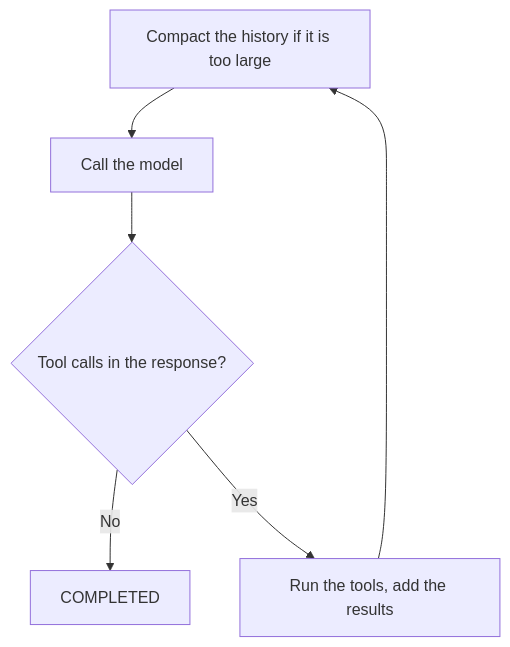
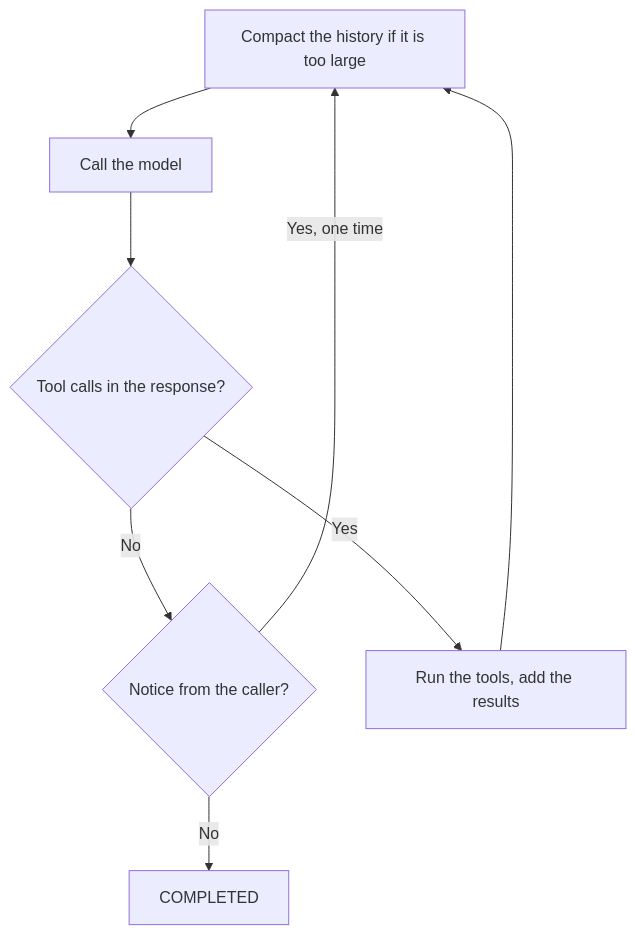
One commit to Altinn/altinn-studio changed the first of 4 diagrams in src/AI/assistant/docs/modules/core-loop.md. Above: the diagram before and after it, drawn with Mermaid. The commit also changed other lines of this file and 11 other files, not shown here.

````diff
--- a/src/AI/assistant/docs/modules/core-loop.md
+++ b/src/AI/assistant/docs/modules/core-loop.md
@@ -9,8 +11,10 @@
 ```mermaid
 flowchart TD
   A["Compact the history if it is too large"] --> B["Call the model"]
   B --> C{"Tool calls in the response?"}
-  C -- No --> D["COMPLETED"]
+  C -- No --> N{"Notice from the caller?"}
+  N -- "Yes, one time" --> A
+  N -- No --> D["COMPLETED"]
   C -- Yes --> E["Run the tools, add the results"]
   E --> A
 ```
````
